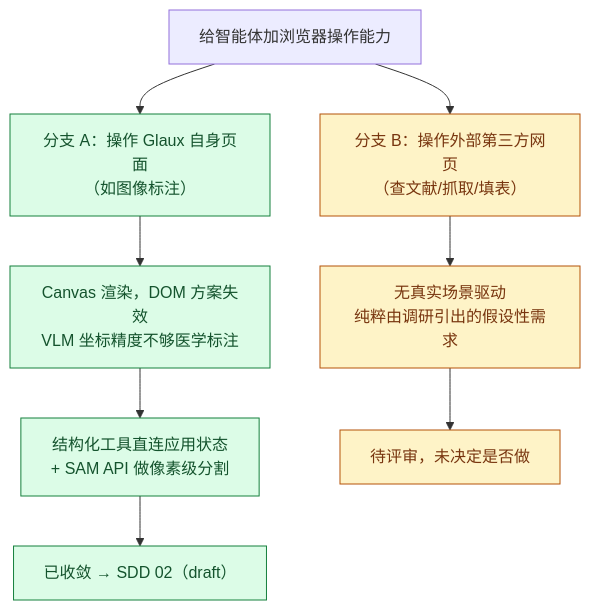
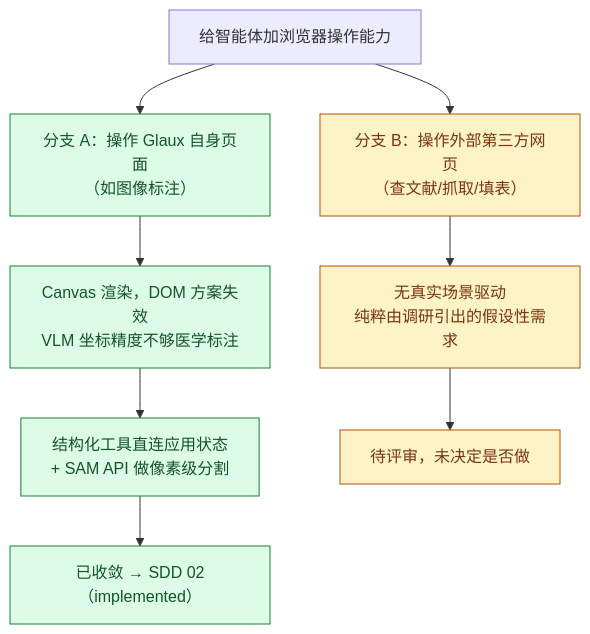
Before and after one commit to zhentai-sn/open-glaux: the diagram in docs/brainstorms/20260816-01-agent-browser-capability.zh-CN.md, drawn with Mermaid. The commit also changed other lines of this file and 9 other files, not shown here.

````diff
--- a/docs/brainstorms/20260816-01-agent-browser-capability.zh-CN.md
+++ b/docs/brainstorms/20260816-01-agent-browser-capability.zh-CN.md
@@ -49,21 +49,21 @@
 ```mermaid
 flowchart TD
     Q["给智能体加浏览器操作能力"]
     A["分支 A：操作 Glaux 自身页面<br/>（如图像标注）"]
     B["分支 B：操作外部第三方网页<br/>（查文献/抓取/填表）"]
 
     Q --> A
     Q --> B
 
     A --> A1["Canvas 渲染，DOM 方案失效<br/>VLM 坐标精度不够医学标注"]
     A1 --> A2["结构化工具直连应用状态<br/>+ SAM API 做像素级分割"]
-    A2 --> A3["已收敛 → SDD 02（draft）"]
+    A2 --> A3["已收敛 → SDD 02（implemented）"]
 
     B --> B1["无真实场景驱动<br/>纯粹由调研引出的假设性需求"]
     B1 --> B2["待评审，未决定是否做"]
 
     classDef done fill:#dcfce7,stroke:#15803d,color:#14532d;
     classDef open fill:#fef3c7,stroke:#b45309,color:#78350f;
     class A,A1,A2,A3 done;
     class B,B1,B2 open;
 ```
````
